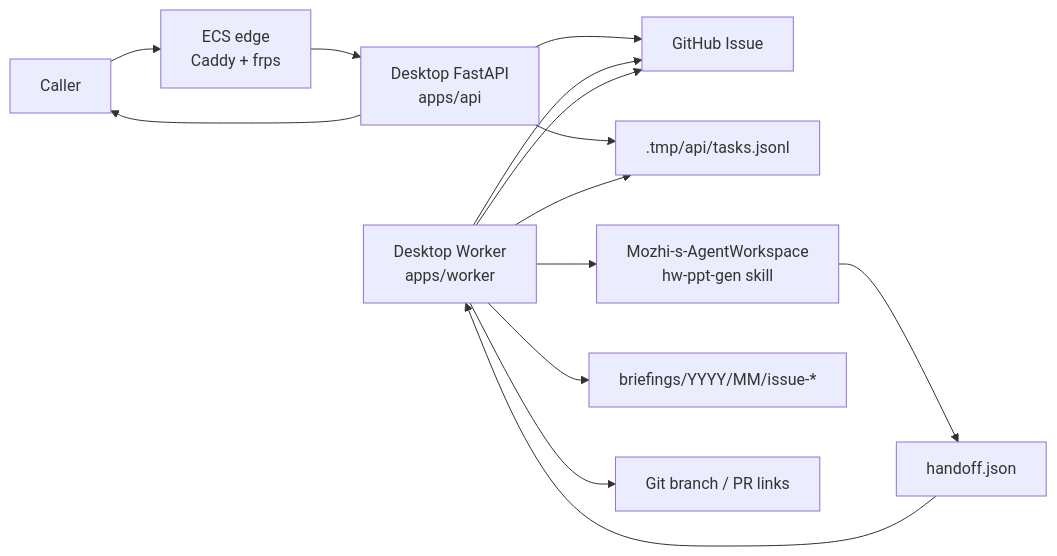
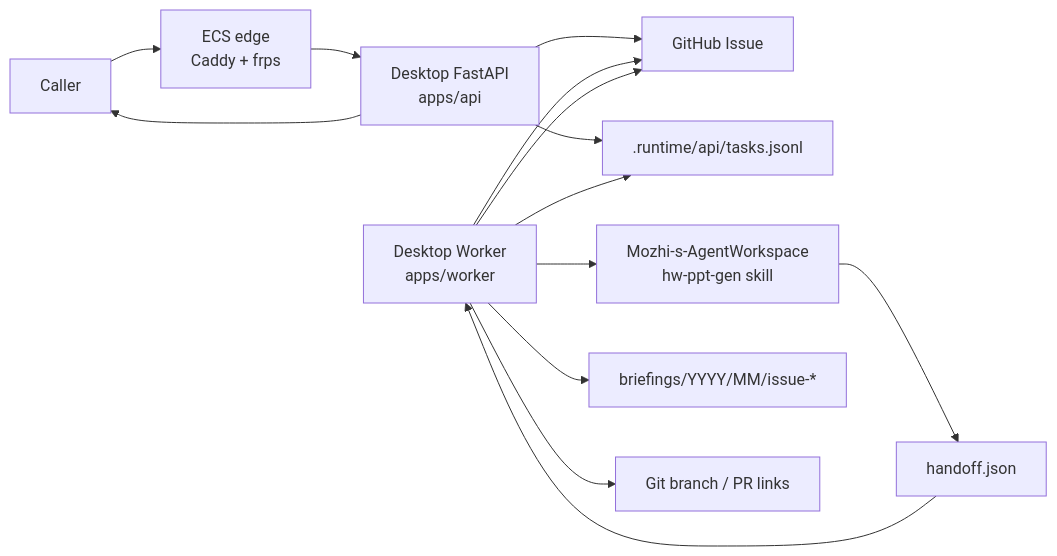
The first of 3 diagrams in docs/architecture-design.md (MozhiJiawei/Mozhi-s-Agent-Service), drawn with Mermaid before and after one commit. The commit also changed other lines of this file and 16 other files, not shown here.

````diff
--- a/docs/architecture-design.md
+++ b/docs/architecture-design.md
@@ -349,27 +349,27 @@
 ```mermaid
 flowchart LR
   caller["Caller"]
   edge["ECS edge\nCaddy + frps"]
   api["Desktop FastAPI\napps/api"]
   issue["GitHub Issue"]
-  queue[".tmp/api/tasks.jsonl"]
+  queue[".runtime/api/tasks.jsonl"]
   worker["Desktop Worker\napps/worker"]
   workspace["Mozhi-s-AgentWorkspace\nhw-ppt-gen skill"]
   handoff["handoff.json"]
   archive["briefings/YYYY/MM/issue-*"]
   git["Git branch / PR links"]
 
   caller --> edge
   edge --> api
   api --> issue
   api --> queue
   api --> caller
   worker --> queue
   worker --> issue
   worker --> workspace
   workspace --> handoff
   handoff --> worker
   worker --> archive
   worker --> git
   worker --> issue
 ```
````
